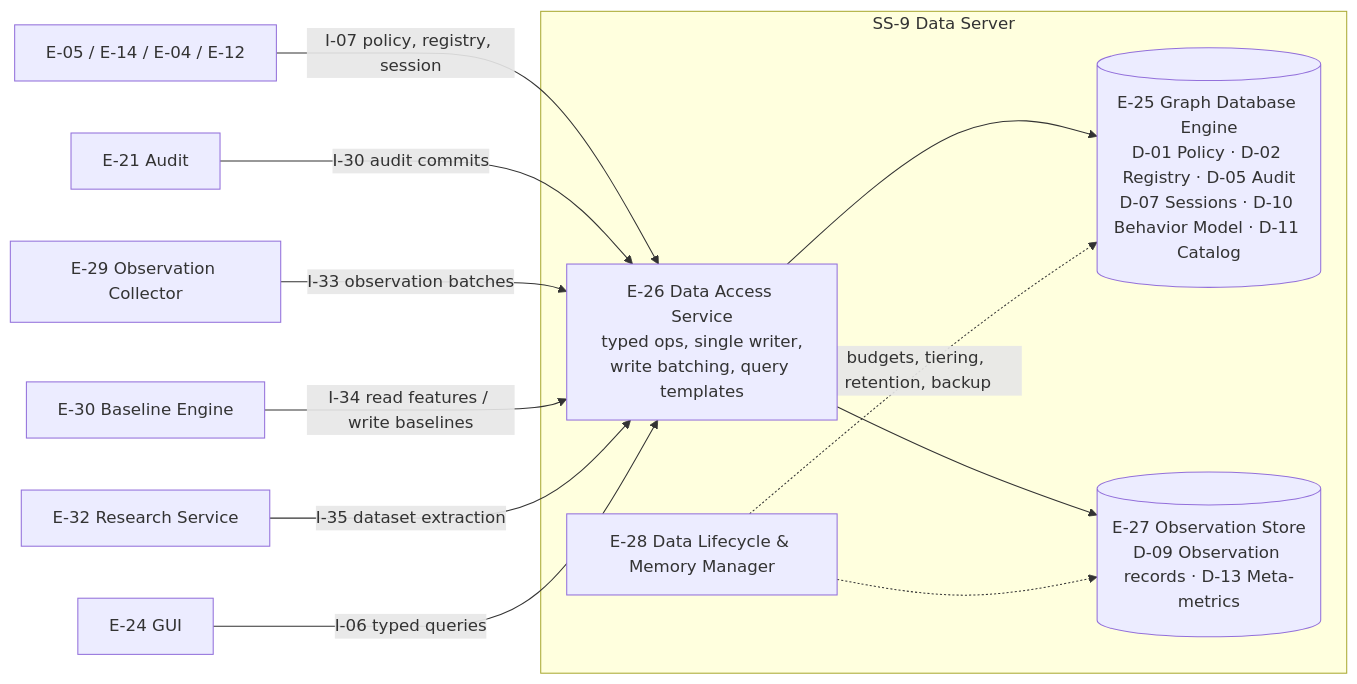
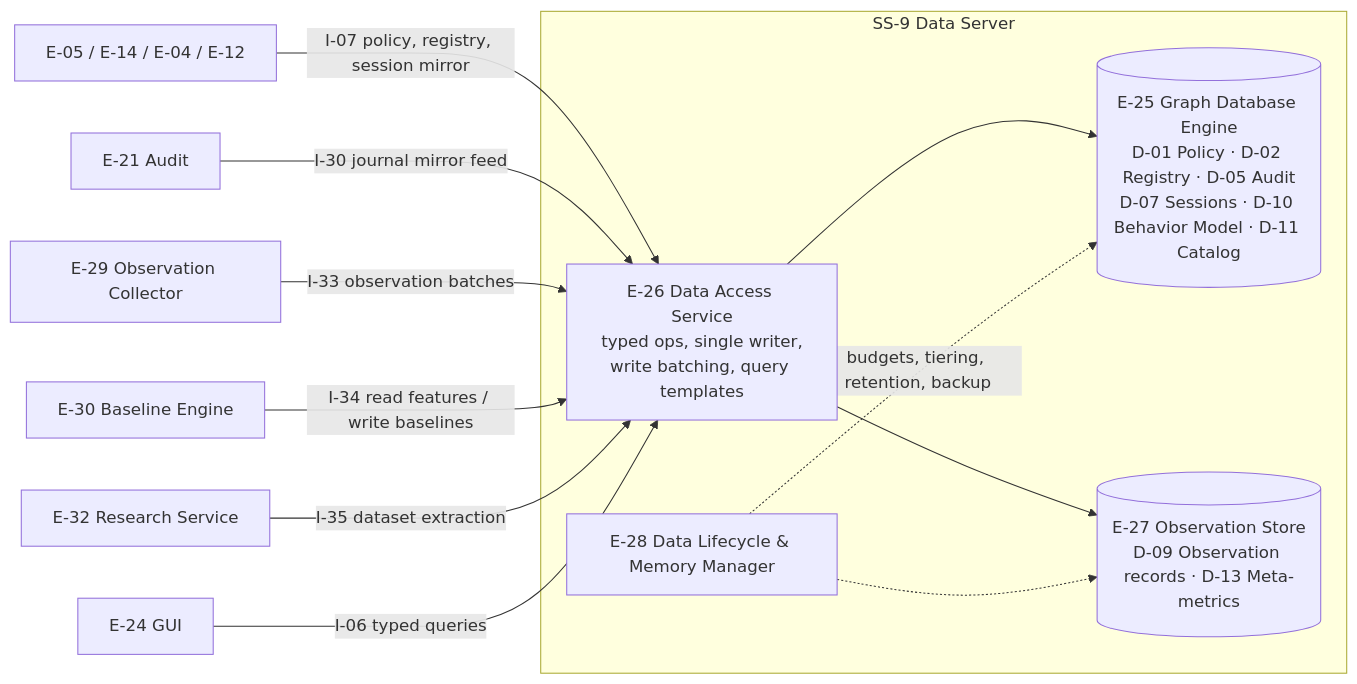
Before and after one commit to ethan03805/Secure-MCP-Gateway: the third of 9 diagrams in ArchitectureV2.md, drawn with Mermaid. The commit also changed other lines of this file and 34 other files, not shown here.

First line of the commit message:
Re-baseline the specification as SRS V1.2 and architecture V2.3 (#7)

````diff
--- a/ArchitectureV2.md
+++ b/ArchitectureV2.md
@@ -433,19 +449,19 @@
 ```mermaid
 flowchart LR
   subgraph SS9[SS-9 Data Server]
     DAS[E-26 Data Access Service<br/>typed ops, single writer,<br/>write batching, query templates]
     GDB[(E-25 Graph Database Engine<br/>D-01 Policy · D-02 Registry · D-05 Audit<br/>D-07 Sessions · D-10 Behavior Model · D-11 Catalog)]
     OBS[(E-27 Observation Store<br/>D-09 Observation records · D-13 Meta-metrics)]
     DLM[E-28 Data Lifecycle & Memory Manager]
     DAS --> GDB
     DAS --> OBS
     DLM -.budgets, tiering, retention, backup.-> GDB
     DLM -.-> OBS
   end
-  W1[E-05 / E-14 / E-04 / E-12] -->|I-07 policy, registry, session| DAS
-  W2[E-21 Audit] -->|I-30 audit commits| DAS
+  W1[E-05 / E-14 / E-04 / E-12] -->|I-07 policy, registry, session mirror| DAS
+  W2[E-21 Audit] -->|I-30 journal mirror feed| DAS
   W3[E-29 Observation Collector] -->|I-33 observation batches| DAS
   W4[E-30 Baseline Engine] -->|I-34 read features / write baselines| DAS
   W5[E-32 Research Service] -->|I-35 dataset extraction| DAS
   W6[E-24 GUI] -->|I-06 typed queries| DAS
 ```
````
